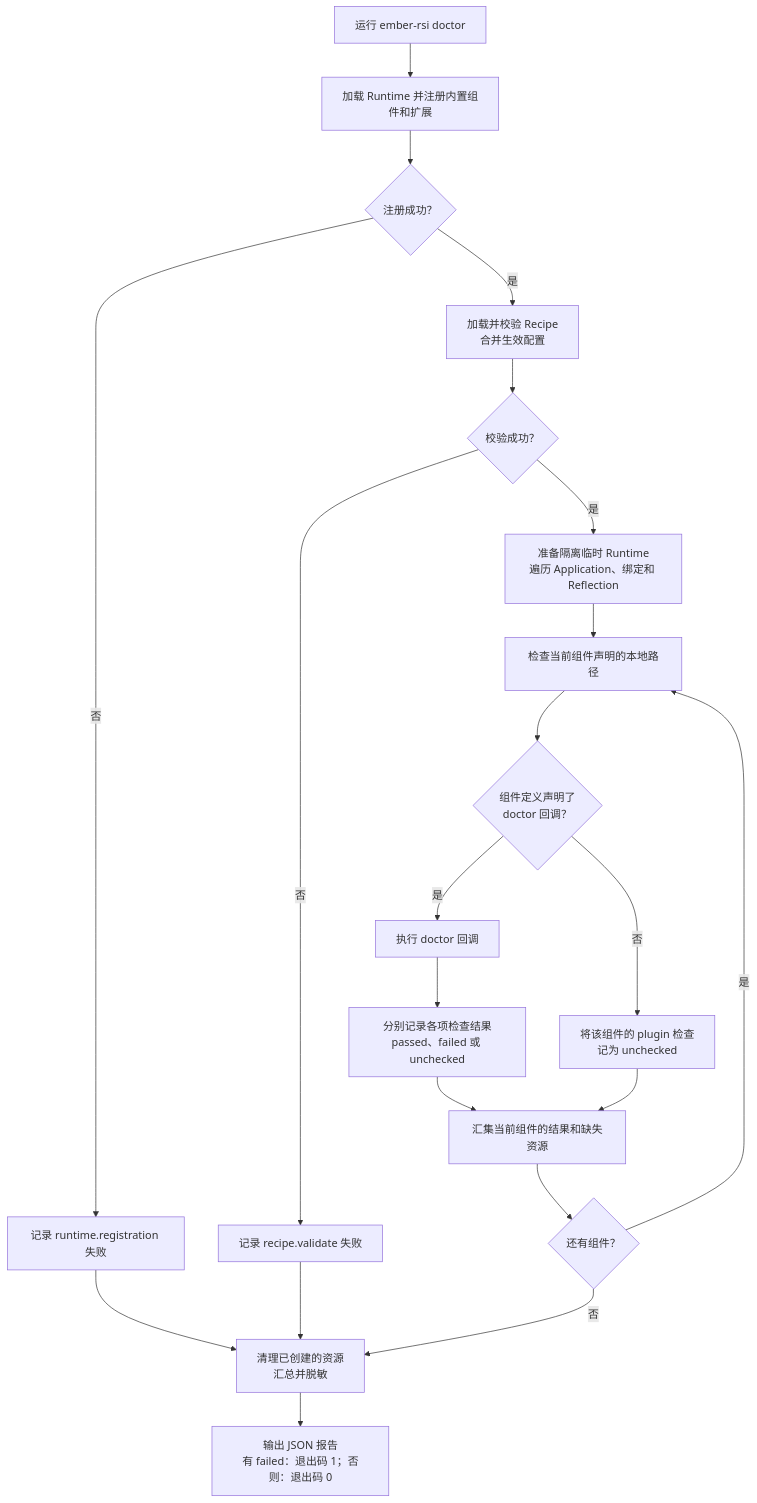
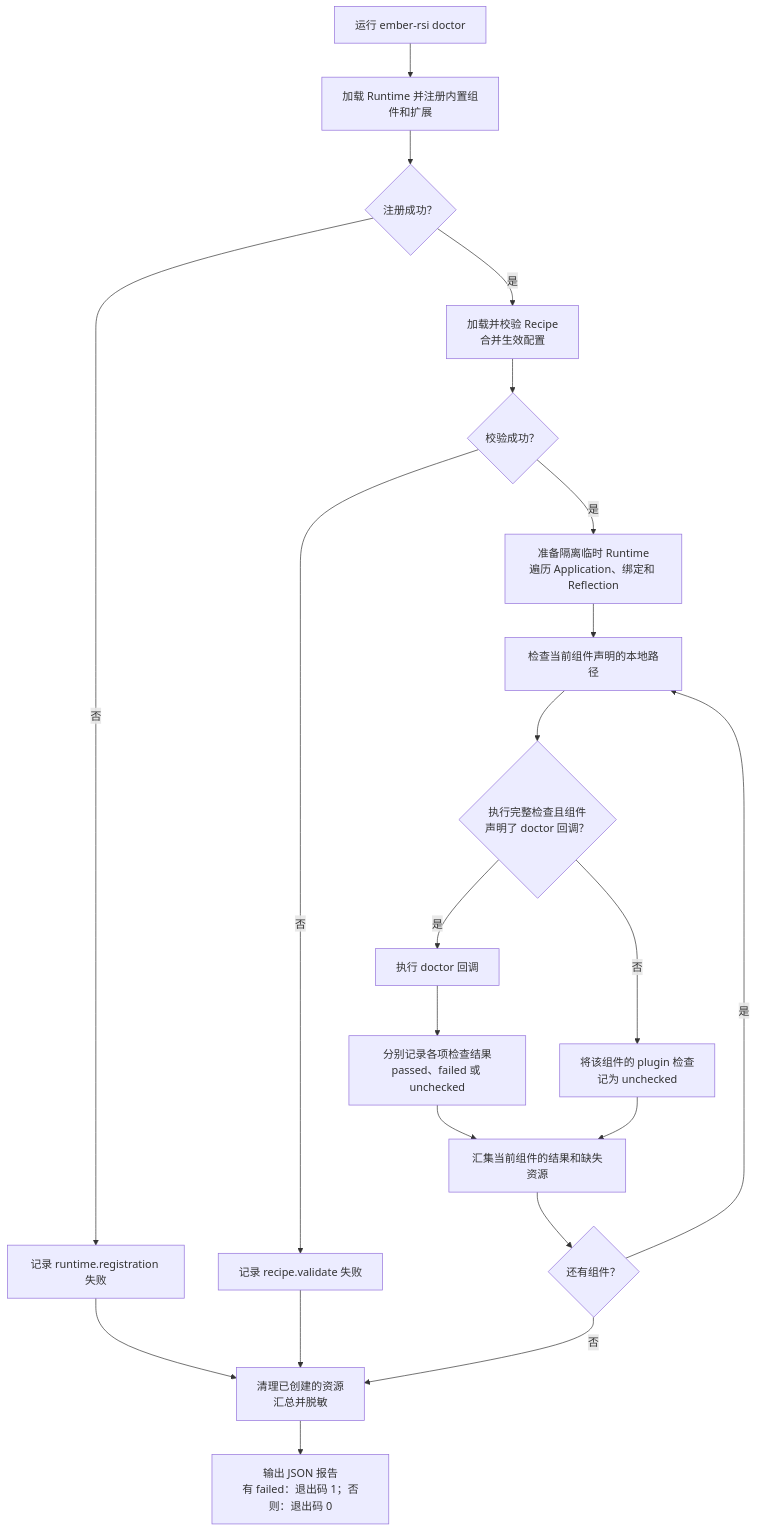
The diagram in docs/users/guides/doctor_zh.md (ARSI-LAB/ARSI), drawn with Mermaid before and after one commit. The commit also changed other lines of this file and 7 other files, not shown here.

````diff
--- a/docs/users/guides/doctor_zh.md
+++ b/docs/users/guides/doctor_zh.md
@@ -22,23 +28,23 @@
 ```mermaid
 flowchart TD
     A["运行 ember-rsi doctor"] --> B["加载 Runtime 并注册内置组件和扩展"]
     B --> C{"注册成功？"}
     C -- 否 --> D["记录 runtime.registration 失败"]
     C -- 是 --> E["加载并校验 Recipe<br/>合并生效配置"]
     E --> F{"校验成功？"}
     F -- 否 --> G["记录 recipe.validate 失败"]
     F -- 是 --> H["准备隔离临时 Runtime<br/>遍历 Application、绑定和 Reflection"]
     H --> I["检查当前组件声明的本地路径"]
-    I --> J{"组件定义声明了<br/>doctor 回调？"}
+    I --> J{"执行完整检查且组件<br/>声明了 doctor 回调？"}
     J -- 是 --> K["执行 doctor 回调"]
     K --> Q["分别记录各项检查结果<br/>passed、failed 或 unchecked"]
     J -- 否 --> L["将该组件的 plugin 检查<br/>记为 unchecked"]
     Q --> M["汇集当前组件的结果和缺失资源"]
     L --> M
     M --> N{"还有组件？"}
     N -- 是 --> I
     N -- 否 --> O["清理已创建的资源<br/>汇总并脱敏"]
     D --> O
     G --> O
     O --> P["输出 JSON 报告<br/>有 failed：退出码 1；否则：退出码 0"]
 ```
````
